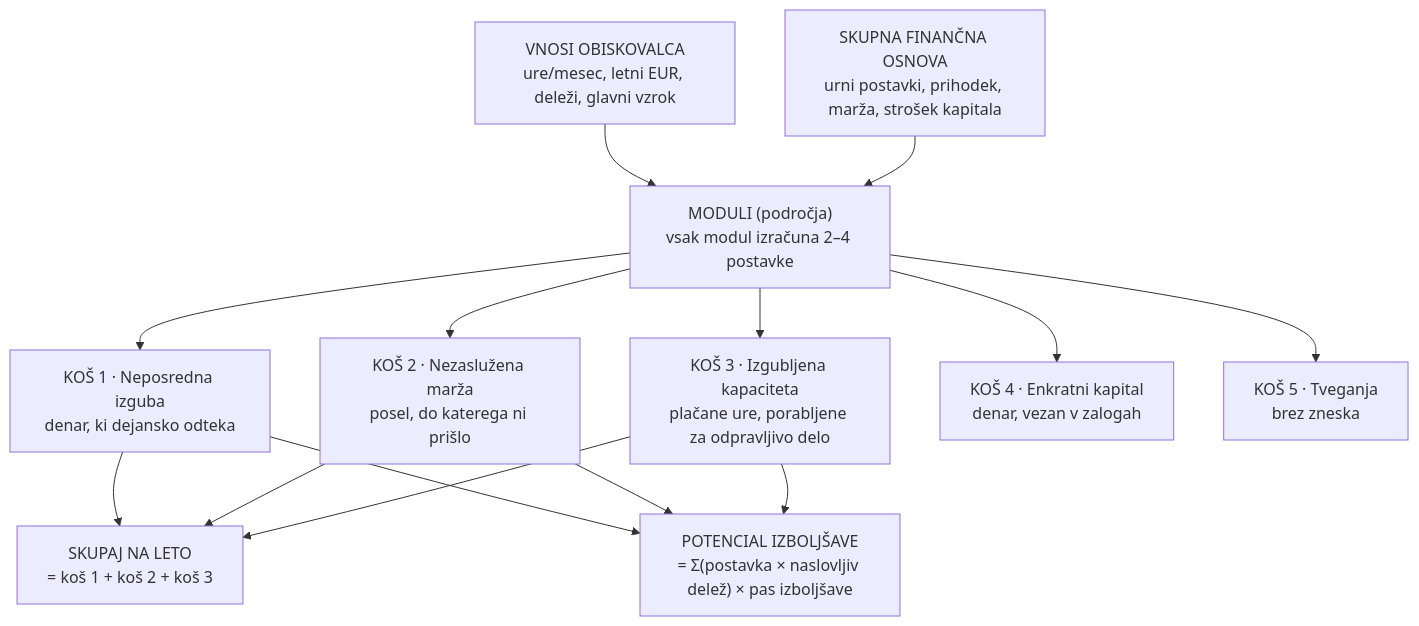
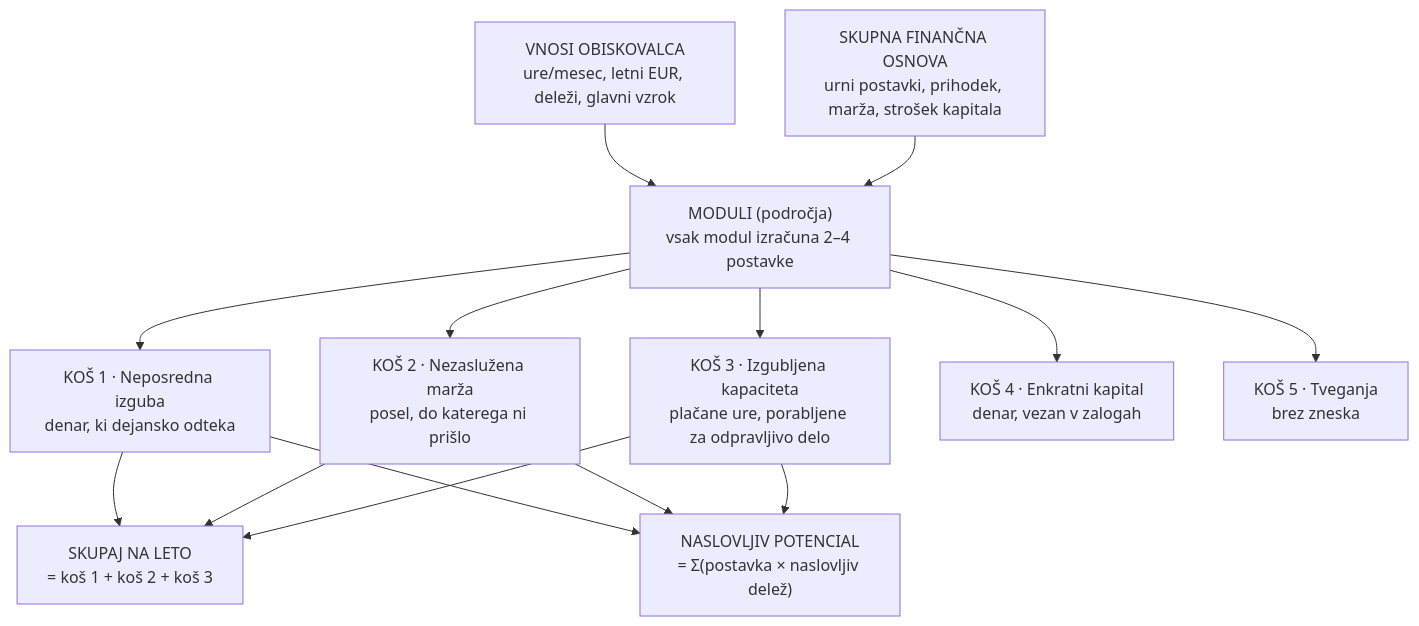
The diagram in navodila/metodologija/POROCILO-client-report-formule.md (janpavlic16579/leadmagnetdl2), drawn with Mermaid before and after one commit. The commit also changed other lines of this file and 3 other files, not shown here.

````diff
--- a/navodila/metodologija/POROCILO-client-report-formule.md
+++ b/navodila/metodologija/POROCILO-client-report-formule.md
@@ -15,16 +15,16 @@
 ```mermaid
 flowchart TD
     A["VNOSI OBISKOVALCA<br/>ure/mesec, letni EUR, deleži, glavni vzrok"] --> B["MODULI (področja)<br/>vsak modul izračuna 2–4 postavke"]
     F["SKUPNA FINANČNA OSNOVA<br/>urni postavki, prihodek, marža, strošek kapitala"] --> B
     B --> C1["KOŠ 1 · Neposredna izguba<br/>denar, ki dejansko odteka"]
     B --> C2["KOŠ 2 · Nezaslužena marža<br/>posel, do katerega ni prišlo"]
     B --> C3["KOŠ 3 · Izgubljena kapaciteta<br/>plačane ure, porabljene za odpravljivo delo"]
     B --> C4["KOŠ 4 · Enkratni kapital<br/>denar, vezan v zalogah"]
     B --> C5["KOŠ 5 · Tveganja<br/>brez zneska"]
     C1 --> H["SKUPAJ NA LETO<br/>= koš 1 + koš 2 + koš 3"]
     C2 --> H
     C3 --> H
-    C1 --> P["POTENCIAL IZBOLJŠAVE<br/>= Σ(postavka × naslovljiv delež) × pas izboljšave"]
+    C1 --> P["NASLOVLJIV POTENCIAL<br/>= Σ(postavka × naslovljiv delež)"]
     C2 --> P
     C3 --> P
 ```
````
